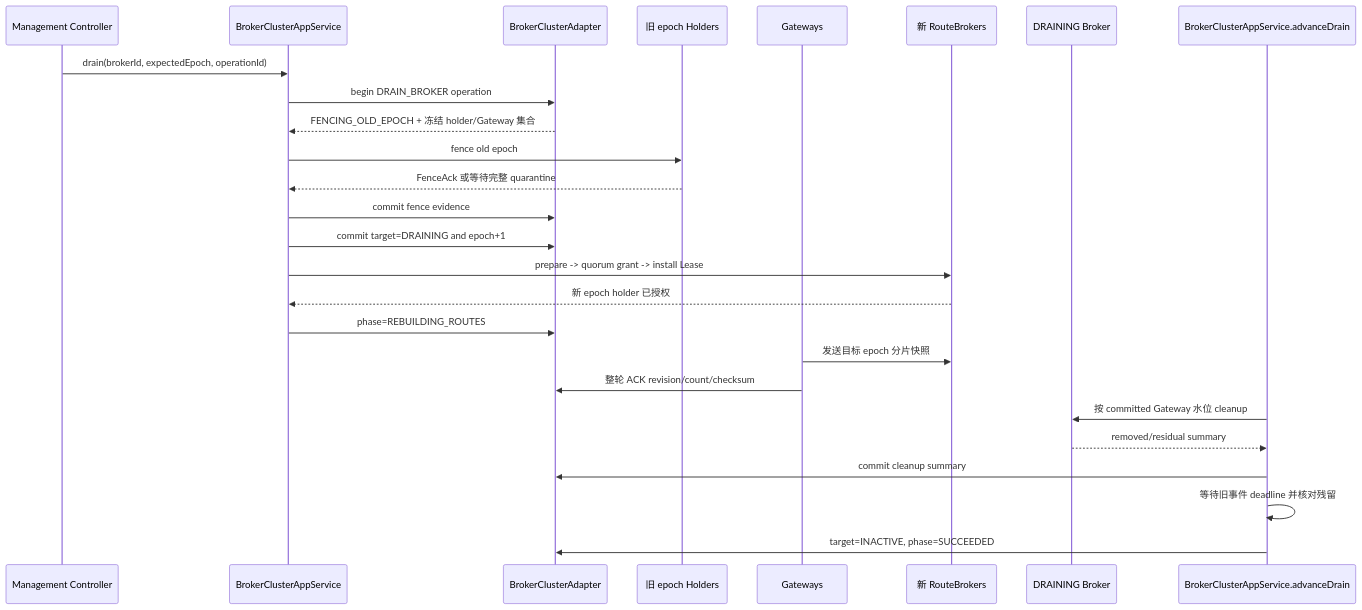
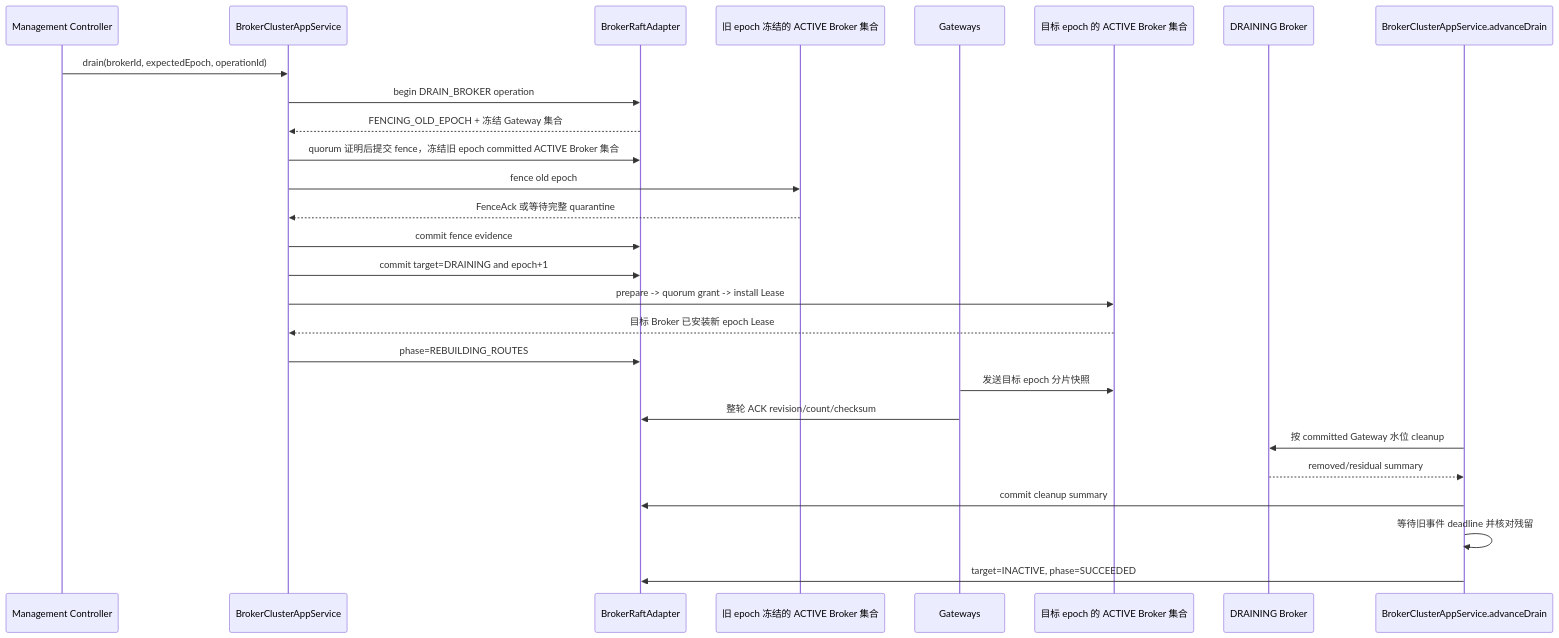
One commit to kc-co9/im-chat changed the eighth of 18 diagrams in im-broker/ARCHITECTURE.md. Above: the diagram before and after it, drawn with Mermaid. The commit also changed other lines of this file and 548 other files, not shown here.

````diff
--- a/im-broker/ARCHITECTURE.md
+++ b/im-broker/ARCHITECTURE.md
@@ -358,29 +411,30 @@
 ```mermaid
 sequenceDiagram
     participant API as Management Controller
     participant App as BrokerClusterAppService
-    participant Repository as BrokerClusterAdapter
-    participant Holders as 旧 epoch Holders
+    participant Repository as BrokerRaftAdapter
+    participant Holders as 旧 epoch 冻结的 ACTIVE Broker 集合
     participant Gateways as Gateways
-    participant New as 新 RouteBrokers
+    participant New as 目标 epoch 的 ACTIVE Broker 集合
     participant Old as DRAINING Broker
     participant Drain as BrokerClusterAppService.advanceDrain
 
     API->>App: drain(brokerId, expectedEpoch, operationId)
     App->>Repository: begin DRAIN_BROKER operation
-    Repository-->>App: FENCING_OLD_EPOCH + 冻结 holder/Gateway 集合
+    Repository-->>App: FENCING_OLD_EPOCH + 冻结 Gateway 集合
+    App->>Repository: quorum 证明后提交 fence，冻结旧 epoch committed ACTIVE Broker 集合
     App->>Holders: fence old epoch
     Holders-->>App: FenceAck 或等待完整 quarantine
     App->>Repository: commit fence evidence
     App->>Repository: commit target=DRAINING and epoch+1
     App->>New: prepare -> quorum grant -> install Lease
-    New-->>App: 新 epoch holder 已授权
+    New-->>App: 目标 Broker 已安装新 epoch Lease
     App->>Repository: phase=REBUILDING_ROUTES
     Gateways->>New: 发送目标 epoch 分片快照
     Gateways->>Repository: 整轮 ACK revision/count/checksum
     Drain->>Old: 按 committed Gateway 水位 cleanup
     Old-->>Drain: removed/residual summary
     Drain->>Repository: commit cleanup summary
     Drain->>Drain: 等待旧事件 deadline 并核对残留
     Drain->>Repository: target=INACTIVE, phase=SUCCEEDED
 ```
````
